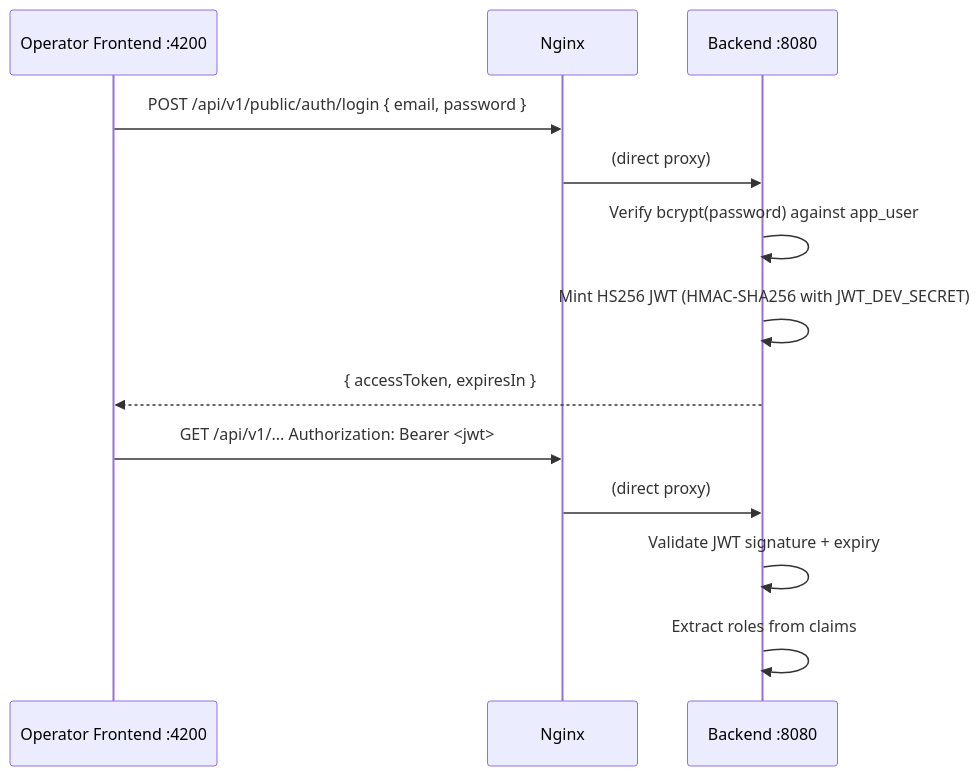
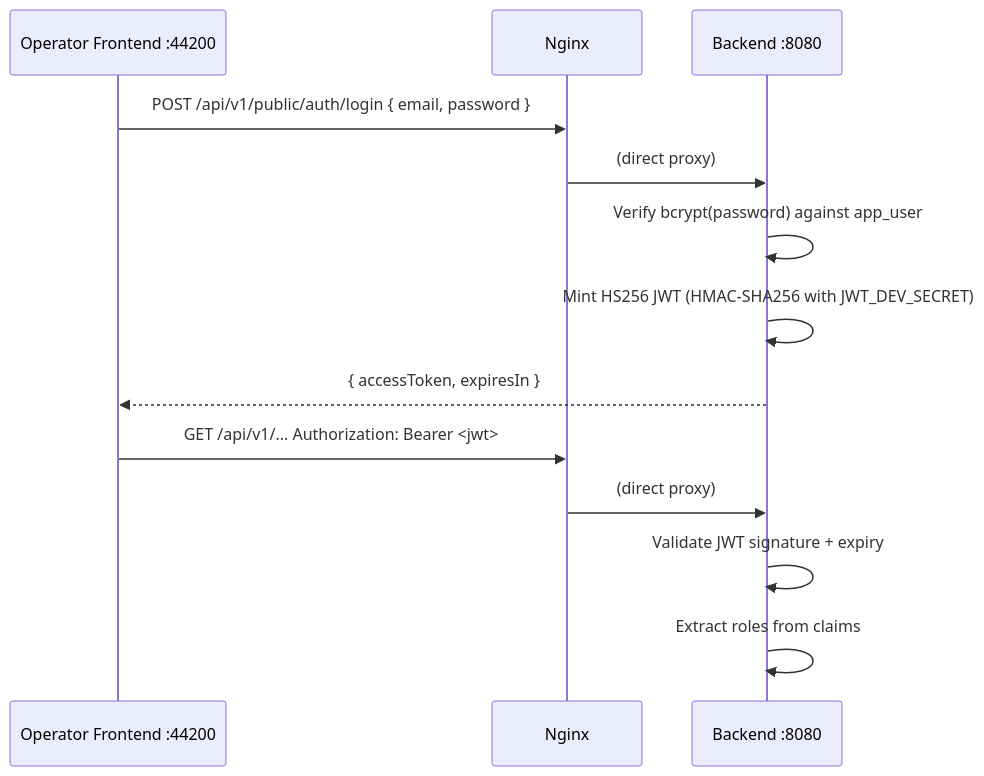
One commit to makibytes/registerwerk changed the first of 2 diagrams in docs/platform/security.de.md. Above: the diagram before and after it, drawn with Mermaid. The commit also changed other lines of this file and 147 other files, not shown here.

````diff
--- a/docs/platform/security.de.md
+++ b/docs/platform/security.de.md
@@ -68,16 +68,16 @@
 ```mermaid
 sequenceDiagram
-    participant OperatorFE as Operator Frontend :4200
+    participant OperatorFE as Operator Frontend :44200
     participant Nginx
     participant Backend as Backend :8080
 
     OperatorFE->>Nginx: POST /api/v1/public/auth/login { email, password }
     Nginx->>Backend: (direct proxy)
     Backend->>Backend: Verify bcrypt(password) against app_user
     Backend->>Backend: Mint HS256 JWT (HMAC-SHA256 with JWT_DEV_SECRET)
     Backend-->>OperatorFE: { accessToken, expiresIn }
     OperatorFE->>Nginx: GET /api/v1/... Authorization: Bearer <jwt>
     Nginx->>Backend: (direct proxy)
     Backend->>Backend: Validate JWT signature + expiry
     Backend->>Backend: Extract roles from claims
 ```
````
